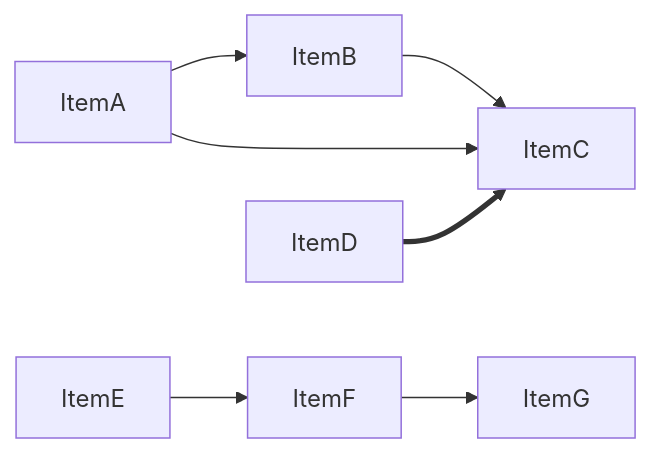
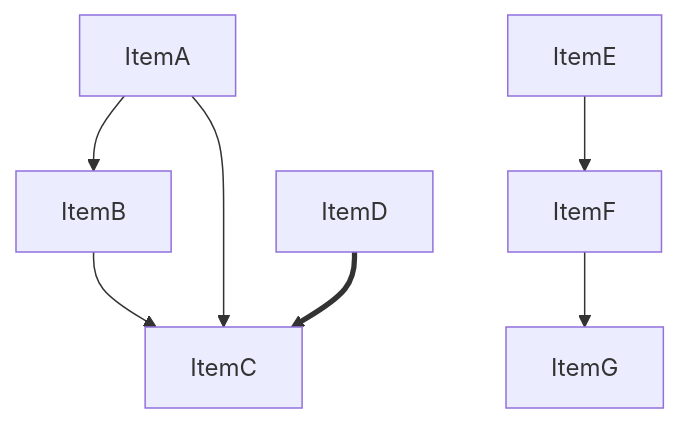
The second of 6 diagrams in README.md (zluvsand/mermaid), drawn with Mermaid before and after one commit. The commit also changed other lines of this file, not shown here.

Commit message:
Update orientation for flow charts

````diff
--- a/README.md
+++ b/README.md
@@ -9,7 +9,7 @@
 ```mermaid
-graph LR
+graph TB
     A[ItemA]-->B[ItemB]-->C[ItemC]
     A-->C
     D[ItemD]==>C
     E[ItemE]-->F[ItemF]-->G[ItemG]
 ```
````
